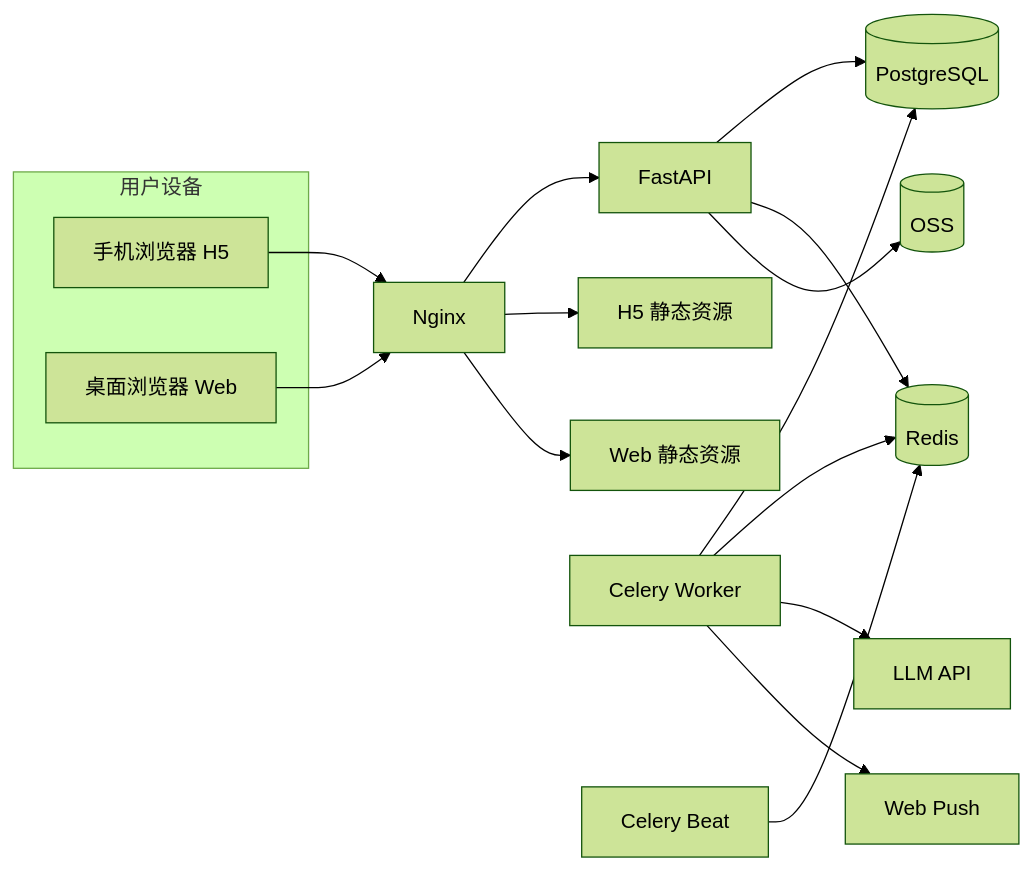
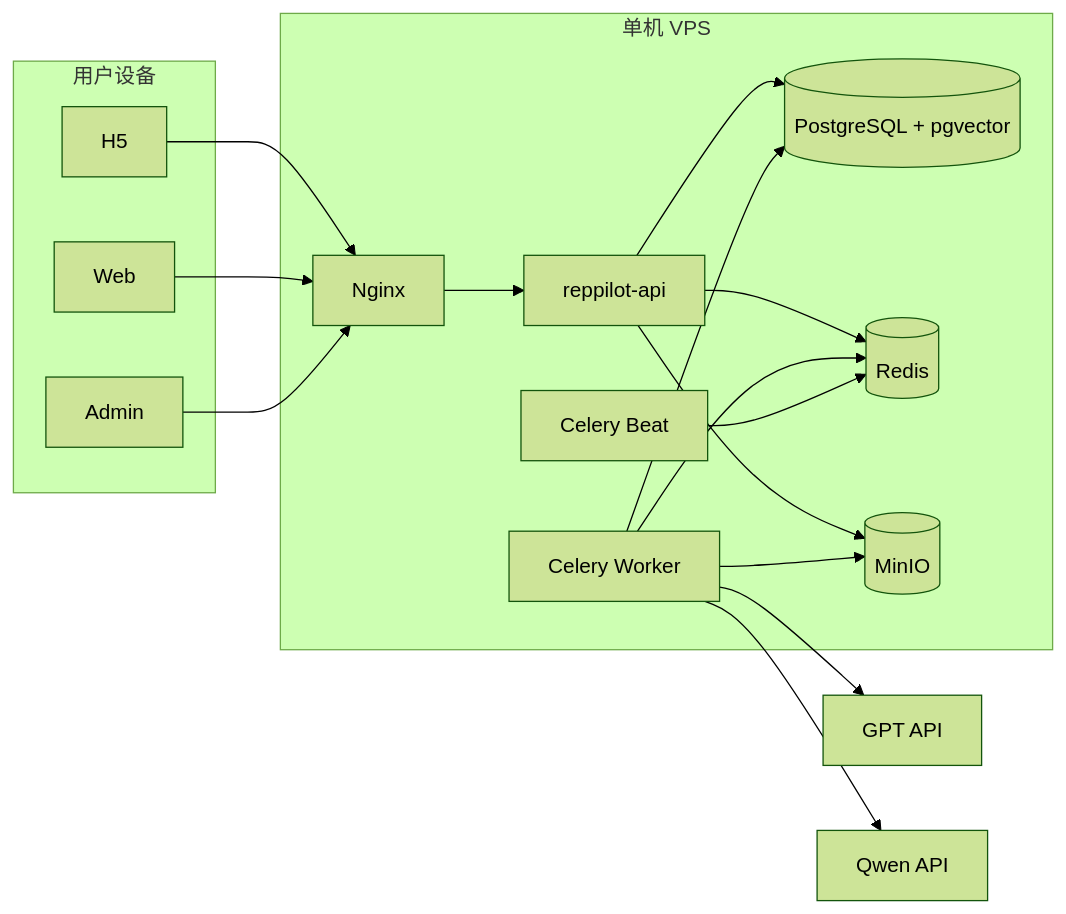
The seventh of 7 diagrams in projects/pharma-rep-agent/tech/architecture.md (AliceDel66/discussionGroup), drawn with Mermaid (forest theme) before and after one commit. The commit also changed other lines of this file and 7 other files, not shown here.

````diff
--- a/projects/pharma-rep-agent/tech/architecture.md
+++ b/projects/pharma-rep-agent/tech/architecture.md
@@ -373,21 +471,32 @@
 ```mermaid
 graph LR
+    subgraph 单机 VPS
+        Nginx[Nginx]
+        API[reppilot-api]
+        Worker[Celery Worker]
+        Beat[Celery Beat]
+        PG[(PostgreSQL + pgvector)]
+        Redis[(Redis)]
+        MinIO[(MinIO)]
+    end
+
     subgraph 用户设备
-        Mobile[手机浏览器 H5]
-        Desktop[桌面浏览器 Web]
+        Mobile[H5]
+        Desktop[Web]
+        Ops[Admin]
     end
 
     Mobile --> Nginx
     Desktop --> Nginx
-    Nginx --> API[FastAPI]
-    Nginx --> H5Static[H5 静态资源]
-    Nginx --> WebStatic[Web 静态资源]
-    API --> PG[(PostgreSQL)]
-    API --> Redis[(Redis)]
-    Worker[Celery Worker] --> PG
+    Ops --> Nginx
+    Nginx --> API
+    API --> PG
+    API --> Redis
+    API --> MinIO
+    Worker --> PG
     Worker --> Redis
-    Beat[Celery Beat] --> Redis
-    API --> OSS[(OSS)]
-    Worker --> LLM[LLM API]
-    Worker --> Push[Web Push]
+    Worker --> MinIO
+    Beat --> Redis
+    Worker --> GPT[GPT API]
+    Worker --> Qwen[Qwen API]
 ```
````
